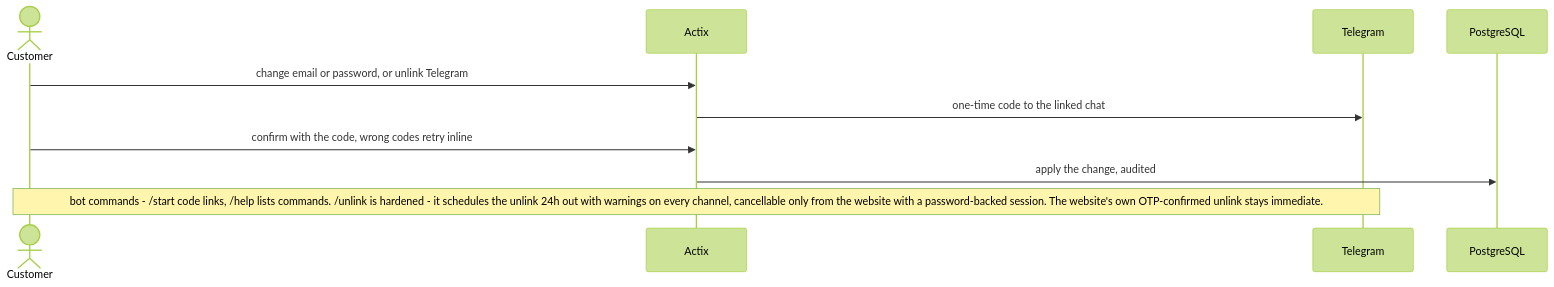
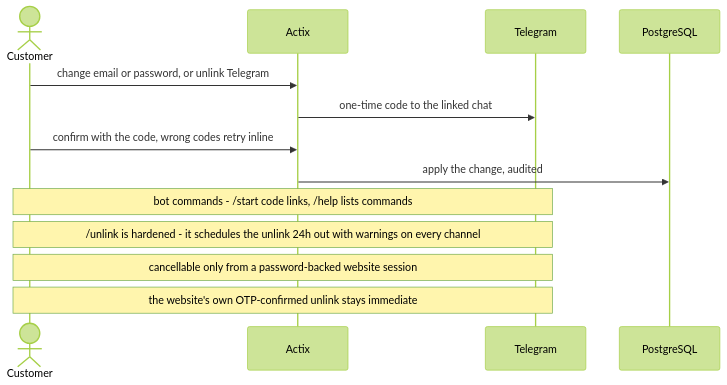
Before and after one commit to cthyuiii/FerroBank: the tenth of 14 diagrams in docs/FLOWS.md, drawn with Mermaid (forest theme). The commit also changed other lines of this file and 5 other files, not shown here.

````diff
--- a/docs/FLOWS.md
+++ b/docs/FLOWS.md
@@ -235,13 +238,16 @@
 ```mermaid
 sequenceDiagram
     actor U as Customer
     participant A as Actix
     participant T as Telegram
     participant P as PostgreSQL
 
     U->>A: change email or password, or unlink Telegram
     A->>T: one-time code to the linked chat
     U->>A: confirm with the code, wrong codes retry inline
     A->>P: apply the change, audited
-    Note over U,T: bot commands - /start code links, /help lists commands. /unlink is hardened - it schedules the unlink 24h out with warnings on every channel, cancellable only from the website with a password-backed session. The website's own OTP-confirmed unlink stays immediate.
+    Note over U,T: bot commands - /start code links, /help lists commands
+    Note over U,T: /unlink is hardened - it schedules the unlink 24h out with warnings on every channel
+    Note over U,T: cancellable only from a password-backed website session
+    Note over U,T: the website's own OTP-confirmed unlink stays immediate
 ```
````
